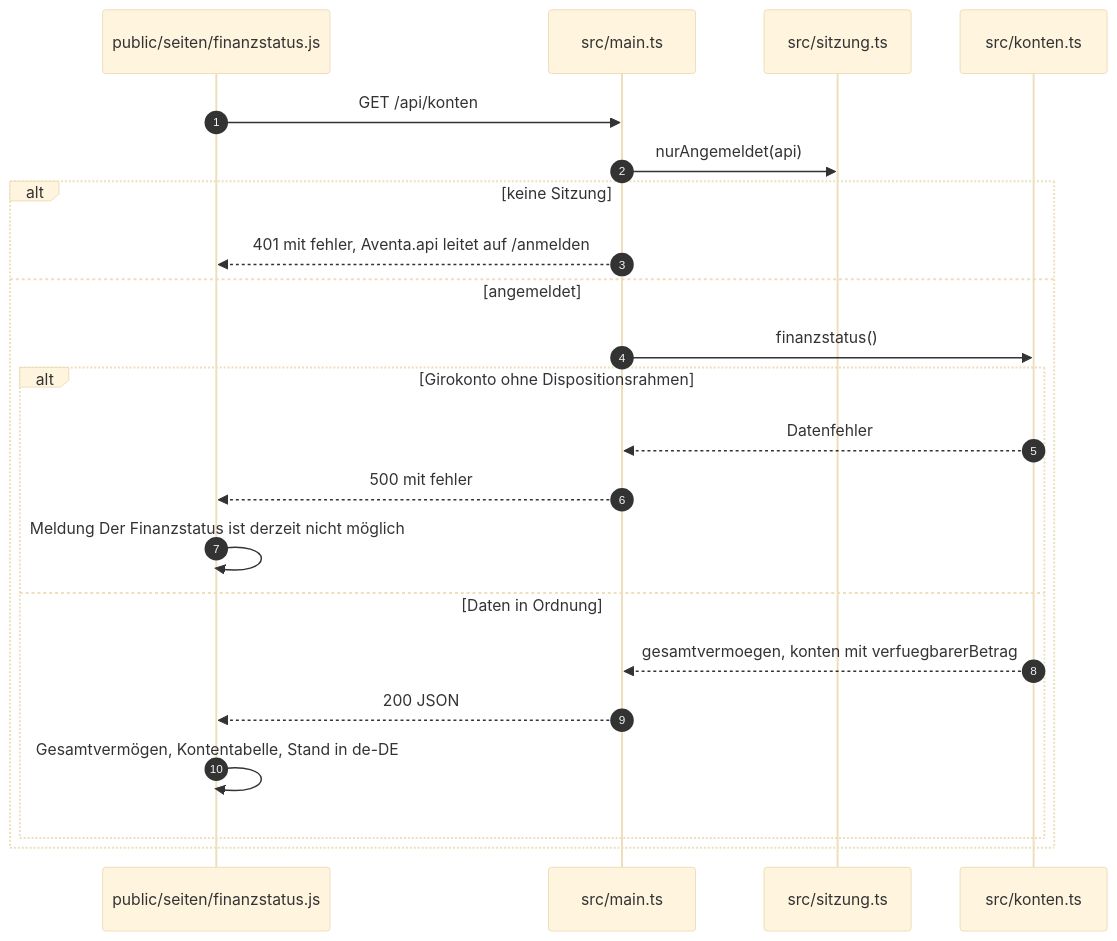
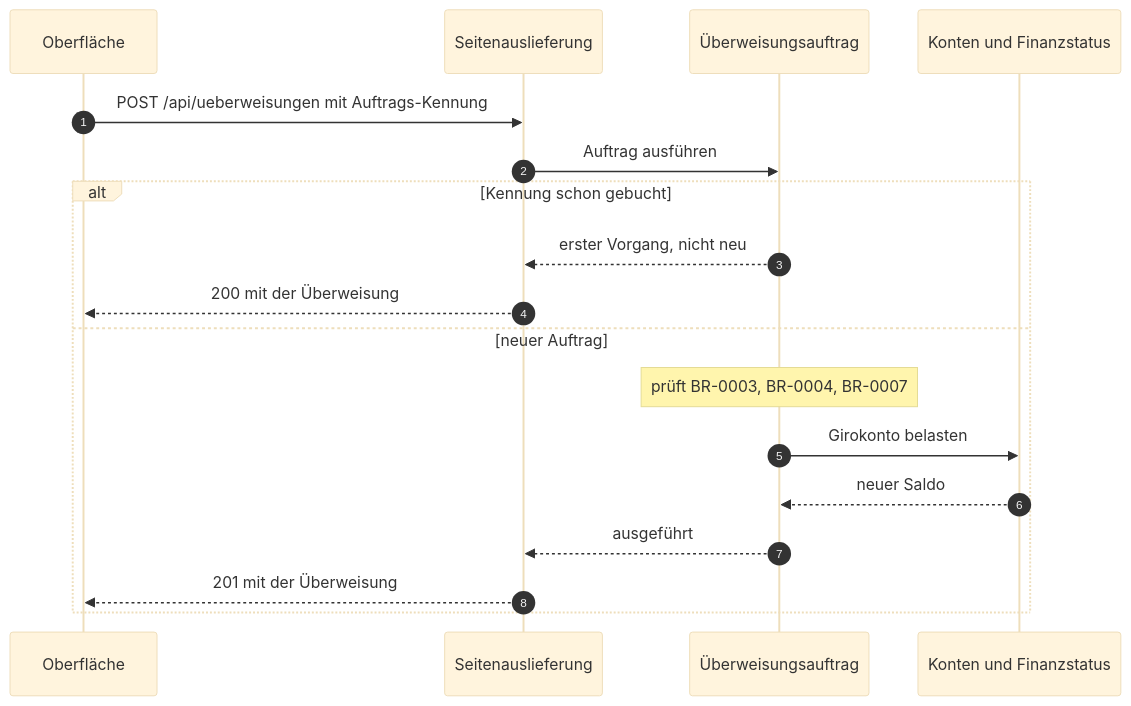
The fifth of 6 diagrams in docs/architecture.md (dakn85/online-banking), drawn with Mermaid (base theme) before and after one commit. The commit also changed other lines of this file and 1 other file, not shown here.

First line of the commit message:
PK-5: KI-Vorschlag übernommen: Architektur: alle arc42-Abschnitte auf Architekturebene neu schreiben

````diff
--- a/docs/architecture.md
+++ b/docs/architecture.md
@@ -130,24 +134,20 @@
 ```mermaid
 sequenceDiagram
     autonumber
-    participant Seite as public/seiten/finanzstatus.js
-    participant Dienst as src/main.ts
-    participant Sitzung as src/sitzung.ts
-    participant Konten as src/konten.ts
-    Seite->>Dienst: GET /api/konten
-    Dienst->>Sitzung: nurAngemeldet(api)
-    alt keine Sitzung
-        Dienst-->>Seite: 401 mit fehler, Aventa.api leitet auf /anmelden
-    else angemeldet
-        Dienst->>Konten: finanzstatus()
-        alt Girokonto ohne Dispositionsrahmen
-            Konten-->>Dienst: Datenfehler
-            Dienst-->>Seite: 500 mit fehler
-            Seite->>Seite: Meldung Der Finanzstatus ist derzeit nicht möglich
-        else Daten in Ordnung
-            Konten-->>Dienst: gesamtvermoegen, konten mit verfuegbarerBetrag
-            Dienst-->>Seite: 200 JSON
-            Seite->>Seite: Gesamtvermögen, Kontentabelle, Stand in de-DE
-        end
+    participant Oberflaeche as Oberfläche
+    participant Seiten as Seitenauslieferung
+    participant Auftrag as Überweisungsauftrag
+    participant Konten as Konten und Finanzstatus
+    Oberflaeche->>Seiten: POST /api/ueberweisungen mit Auftrags-Kennung
+    Seiten->>Auftrag: Auftrag ausführen
+    alt Kennung schon gebucht
+        Auftrag-->>Seiten: erster Vorgang, nicht neu
+        Seiten-->>Oberflaeche: 200 mit der Überweisung
+    else neuer Auftrag
+        Note over Auftrag: prüft BR-0003, BR-0004, BR-0007
+        Auftrag->>Konten: Girokonto belasten
+        Konten-->>Auftrag: neuer Saldo
+        Auftrag-->>Seiten: ausgeführt
+        Seiten-->>Oberflaeche: 201 mit der Überweisung
     end
 ```
````
